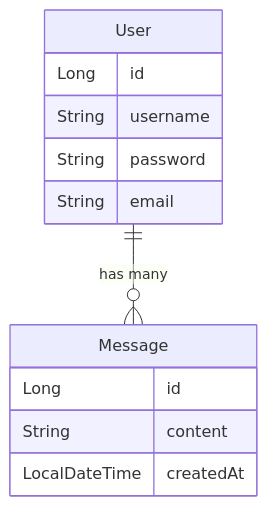
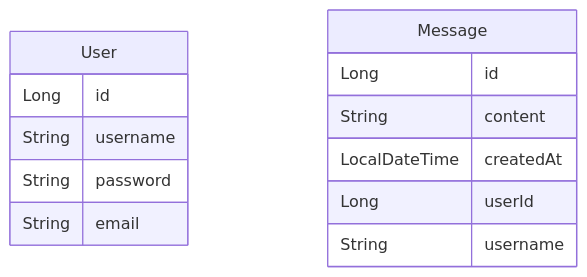
Before and after one commit to rlence86/biznaga-load: the second of 2 diagrams in README.md, drawn with Mermaid. The commit also changed other lines of this file, not shown here.

Commit message:
completing readme

````diff
--- a/README.md
+++ b/README.md
@@ -29,15 +29,16 @@
 ```mermaid
 erDiagram
     User {
         Long id
         String username
         String password
         String email
     }
     Message {
         Long id
         String content
         LocalDateTime createdAt
+        Long userId
+        String username
     }
-    User ||--o{ Message : "has many"
 ```
````
